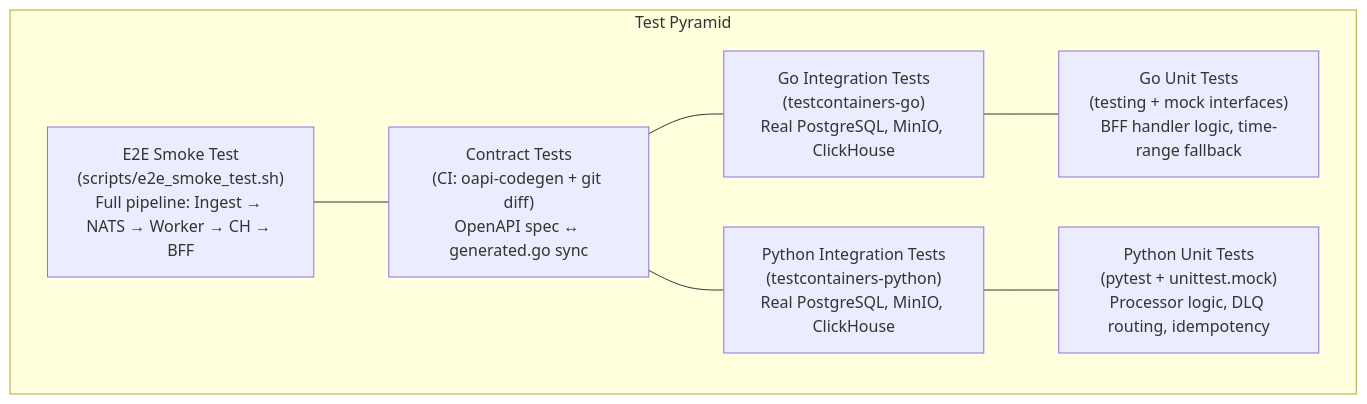
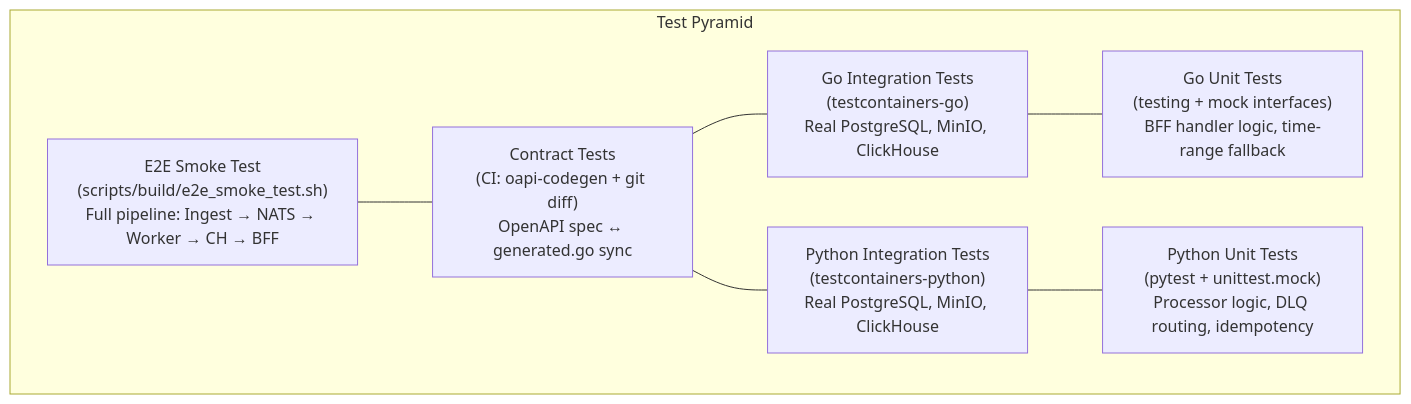
One commit to frogfromlake/aer changed the first of 2 diagrams in docs/arc42/08_concepts.md. Above: the diagram before and after it, drawn with Mermaid. The commit also changed other lines of this file and 55 other files, not shown here.

Commit message:
phase(120c): operational hygiene — delete 6 obsolete scripts, reorganise survivors into scripts/{operations,build}, fix manifest topic_modeling.stopwords schema

````diff
--- a/docs/arc42/08_concepts.md
+++ b/docs/arc42/08_concepts.md
@@ -9,17 +9,17 @@
 ```mermaid
 graph TD
     subgraph "Test Pyramid"
-        E2E["E2E Smoke Test<br/>(scripts/e2e_smoke_test.sh)<br/>Full pipeline: Ingest → NATS → Worker → CH → BFF"]
+        E2E["E2E Smoke Test<br/>(scripts/build/e2e_smoke_test.sh)<br/>Full pipeline: Ingest → NATS → Worker → CH → BFF"]
         Contract["Contract Tests<br/>(CI: oapi-codegen + git diff)<br/>OpenAPI spec ↔ generated.go sync"]
         IntGo["Go Integration Tests<br/>(testcontainers-go)<br/>Real PostgreSQL, MinIO, ClickHouse"]
         IntPy["Python Integration Tests<br/>(testcontainers-python)<br/>Real PostgreSQL, MinIO, ClickHouse"]
         UnitPy["Python Unit Tests<br/>(pytest + unittest.mock)<br/>Processor logic, DLQ routing, idempotency"]
         UnitGo["Go Unit Tests<br/>(testing + mock interfaces)<br/>BFF handler logic, time-range fallback"]
     end
 
     E2E --- Contract
     Contract --- IntGo
     Contract --- IntPy
     IntGo --- UnitGo
     IntPy --- UnitPy
 ```
````
